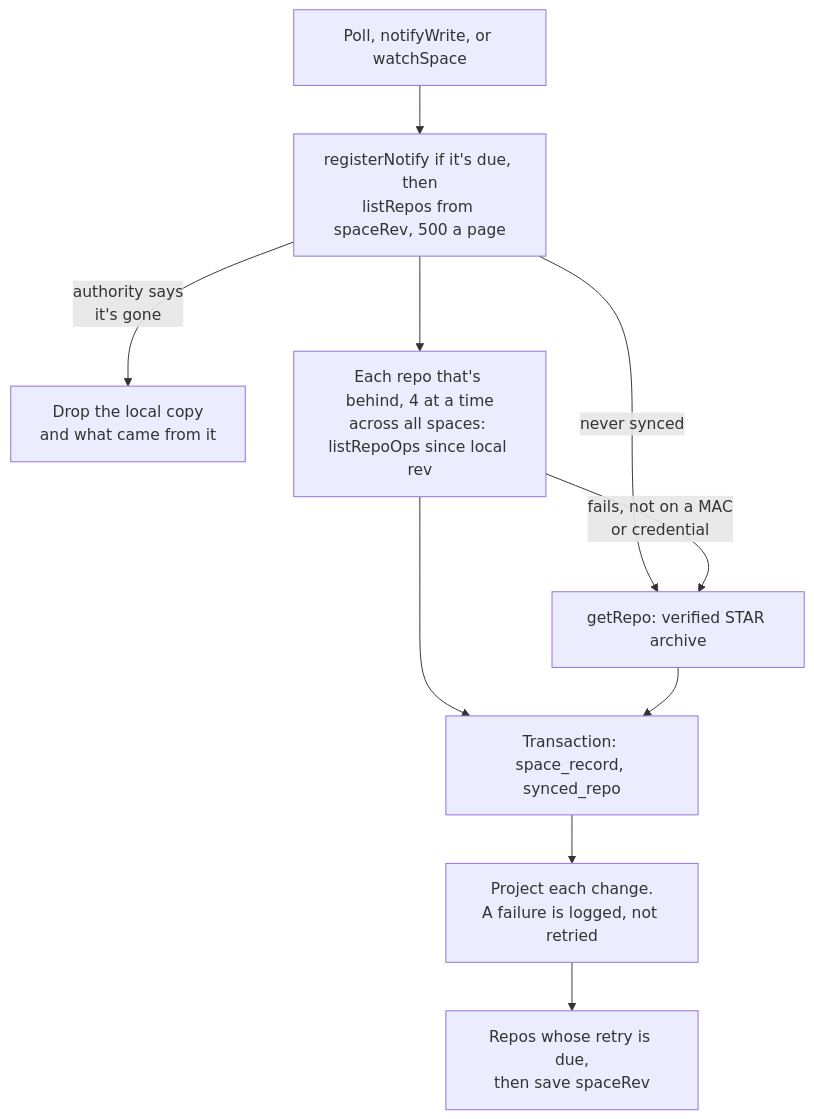
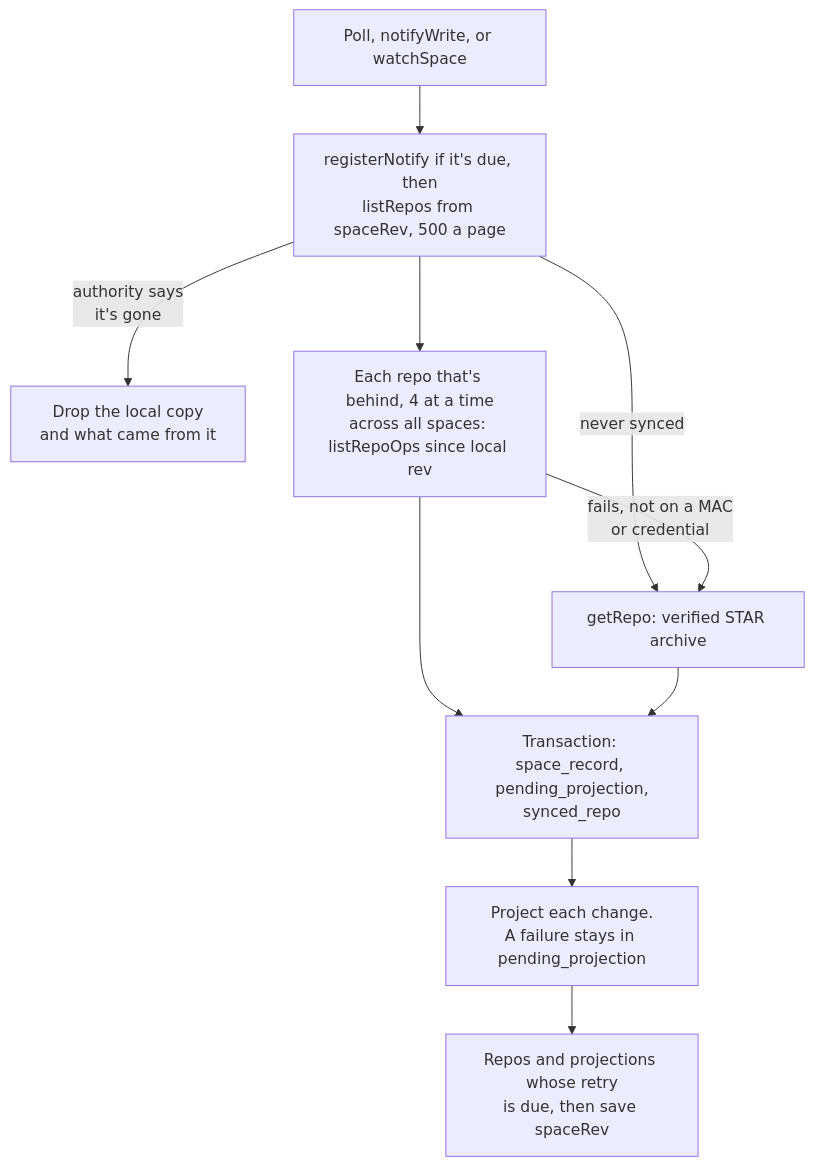
The fourth of 8 diagrams in apps/web/docs/diagrams/spaces.md (cutenode/localnetwork), drawn with Mermaid before and after one commit. The commit also changed 8 other files, not shown here.

````diff
--- a/apps/web/docs/diagrams/spaces.md
+++ b/apps/web/docs/diagrams/spaces.md
@@ -89,12 +89,12 @@
 ```mermaid
 flowchart TD
   Trigger["Poll, notifyWrite, or watchSpace"] --> List["registerNotify if it's due, then<br/>listRepos from spaceRev, 500 a page"]
   List -- "authority says<br/>it's gone" --> Drop["Drop the local copy<br/>and what came from it"]
   List --> Ops["Each repo that's behind, 4 at a time<br/>across all spaces: listRepoOps since local rev"]
   List -- "never synced" --> Star["getRepo: verified STAR archive"]
   Ops -- "fails, not on a MAC<br/>or credential" --> Star
-  Ops --> Apply["Transaction: space_record, synced_repo"]
+  Ops --> Apply["Transaction: space_record, pending_projection,<br/>synced_repo"]
   Star --> Apply
-  Apply --> Project["Project each change.<br/>A failure is logged, not retried"]
-  Project --> Due["Repos whose retry is due,<br/>then save spaceRev"]
+  Apply --> Project["Project each change.<br/>A failure stays in pending_projection"]
+  Project --> Due["Repos and projections whose retry<br/>is due, then save spaceRev"]
 ```
````
